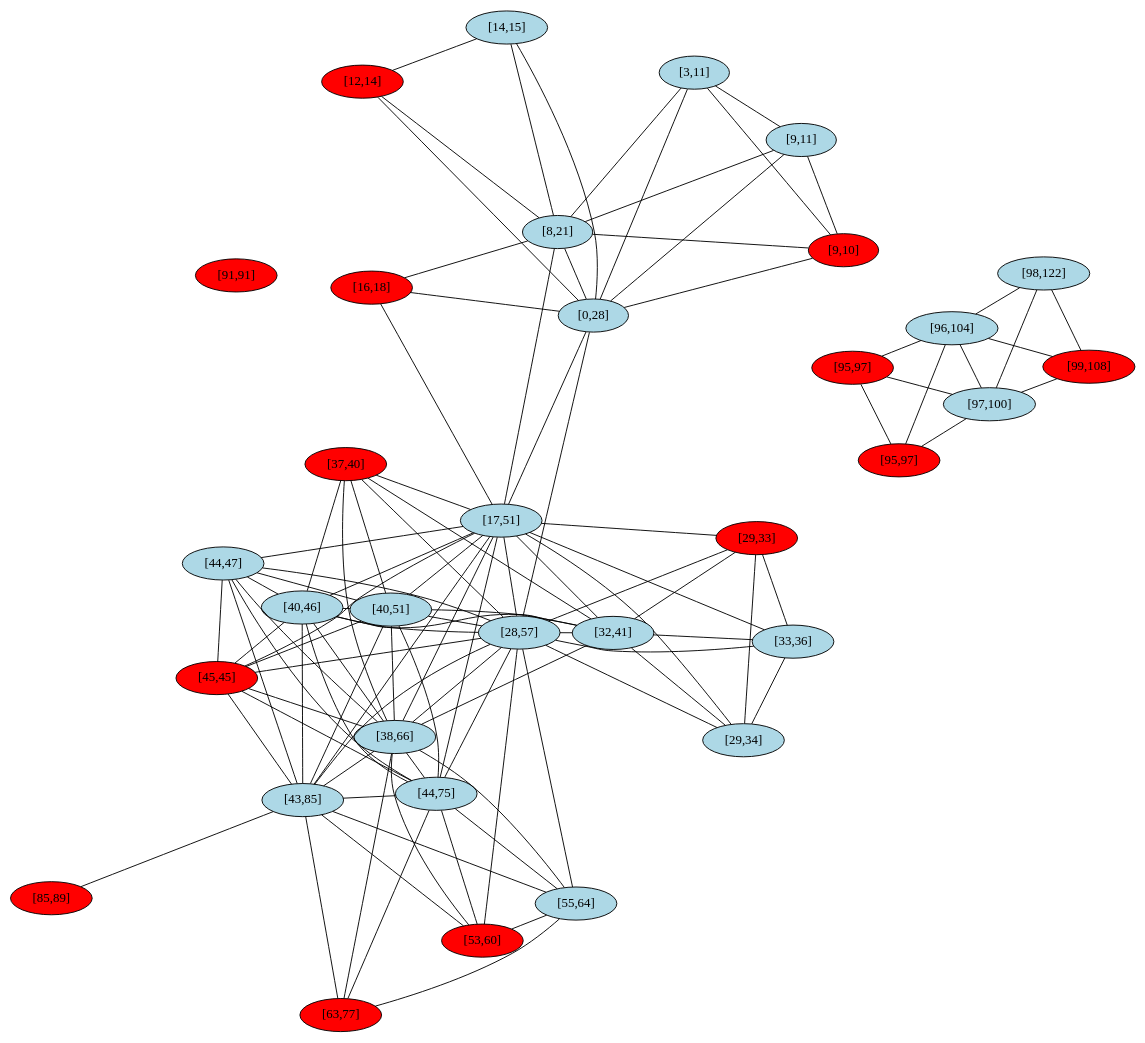
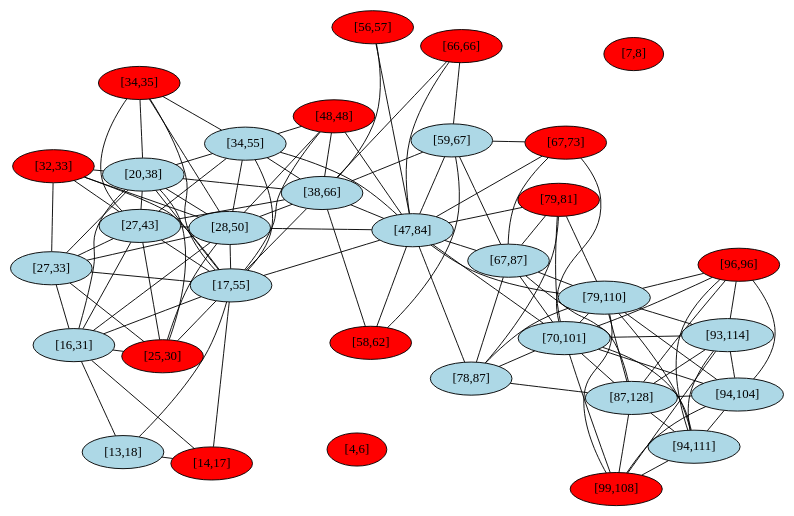
The diagram in intervallumgraf.dot (atotgerman/DUE_Fscharp), drawn with Graphviz before and after one commit. The commit also changed 1 other file, not shown here.

```diff
--- a/intervallumgraf.dot
+++ b/intervallumgraf.dot
@@ -1,143 +1,150 @@
 graph G {
   layout=neato;
   overlap=false;
   splines=true;
-  1 [label="[95,97]", style=filled, fillcolor=red];
-  2 [label="[99,108]", style=filled, fillcolor=red];
-  3 [label="[29,34]", style=filled, fillcolor=lightblue];
-  4 [label="[55,64]", style=filled, fillcolor=lightblue];
-  5 [label="[95,97]", style=filled, fillcolor=red];
-  6 [label="[17,51]", style=filled, fillcolor=lightblue];
-  7 [label="[43,85]", style=filled, fillcolor=lightblue];
-  8 [label="[40,51]", style=filled, fillcolor=lightblue];
-  9 [label="[37,40]", style=filled, fillcolor=red];
-  10 [label="[12,14]", style=filled, fillcolor=red];
-  11 [label="[33,36]", style=filled, fillcolor=lightblue];
-  12 [label="[53,60]", style=filled, fillcolor=red];
-  13 [label="[8,21]", style=filled, fillcolor=lightblue];
-  14 [label="[45,45]", style=filled, fillcolor=red];
-  15 [label="[96,104]", style=filled, fillcolor=lightblue];
-  16 [label="[98,122]", style=filled, fillcolor=lightblue];
-  17 [label="[40,46]", style=filled, fillcolor=lightblue];
-  18 [label="[9,10]", style=filled, fillcolor=red];
-  19 [label="[9,11]", style=filled, fillcolor=lightblue];
-  20 [label="[44,47]", style=filled, fillcolor=lightblue];
-  21 [label="[91,91]", style=filled, fillcolor=red];
-  22 [label="[32,41]", style=filled, fillcolor=lightblue];
-  23 [label="[63,77]", style=filled, fillcolor=red];
-  24 [label="[16,18]", style=filled, fillcolor=red];
-  25 [label="[28,57]", style=filled, fillcolor=lightblue];
-  26 [label="[0,28]", style=filled, fillcolor=lightblue];
-  27 [label="[44,75]", style=filled, fillcolor=lightblue];
-  28 [label="[85,89]", style=filled, fillcolor=red];
-  29 [label="[3,11]", style=filled, fillcolor=lightblue];
-  30 [label="[97,100]", style=filled, fillcolor=lightblue];
-  31 [label="[29,33]", style=filled, fillcolor=red];
-  32 [label="[14,15]", style=filled, fillcolor=lightblue];
-  33 [label="[38,66]", style=filled, fillcolor=lightblue];
+  1 [label="[28,50]", style=filled, fillcolor=lightblue];
+  2 [label="[66,66]", style=filled, fillcolor=red];
+  3 [label="[27,43]", style=filled, fillcolor=lightblue];
+  4 [label="[79,81]", style=filled, fillcolor=red];
+  5 [label="[38,66]", style=filled, fillcolor=lightblue];
+  6 [label="[87,128]", style=filled, fillcolor=lightblue];
+  7 [label="[14,17]", style=filled, fillcolor=red];
+  8 [label="[96,96]", style=filled, fillcolor=red];
+  9 [label="[70,101]", style=filled, fillcolor=lightblue];
+  10 [label="[25,30]", style=filled, fillcolor=red];
+  11 [label="[94,111]", style=filled, fillcolor=lightblue];
+  12 [label="[20,38]", style=filled, fillcolor=lightblue];
+  13 [label="[79,110]", style=filled, fillcolor=lightblue];
+  14 [label="[47,84]", style=filled, fillcolor=lightblue];
+  15 [label="[7,8]", style=filled, fillcolor=red];
+  16 [label="[93,114]", style=filled, fillcolor=lightblue];
+  17 [label="[94,104]", style=filled, fillcolor=lightblue];
+  18 [label="[78,87]", style=filled, fillcolor=lightblue];
+  19 [label="[67,73]", style=filled, fillcolor=red];
+  20 [label="[4,6]", style=filled, fillcolor=red];
+  21 [label="[13,18]", style=filled, fillcolor=lightblue];
+  22 [label="[48,48]", style=filled, fillcolor=red];
+  23 [label="[17,55]", style=filled, fillcolor=lightblue];
+  24 [label="[27,33]", style=filled, fillcolor=lightblue];
+  25 [label="[67,87]", style=filled, fillcolor=lightblue];
+  26 [label="[56,57]", style=filled, fillcolor=red];
+  27 [label="[34,55]", style=filled, fillcolor=lightblue];
+  28 [label="[58,62]", style=filled, fillcolor=red];
+  29 [label="[32,33]", style=filled, fillcolor=red];
+  30 [label="[59,67]", style=filled, fillcolor=lightblue];
+  31 [label="[99,108]", style=filled, fillcolor=red];
+  32 [label="[16,31]", style=filled, fillcolor=lightblue];
+  33 [label="[34,35]", style=filled, fillcolor=red];
+  1 -- 3;
   1 -- 5;
-  1 -- 15;
-  1 -- 30;
-  2 -- 15;
-  2 -- 16;
+  1 -- 10;
+  1 -- 12;
+  1 -- 14;
+  1 -- 22;
+  1 -- 23;
+  1 -- 24;
+  1 -- 27;
+  1 -- 29;
+  1 -- 32;
+  1 -- 33;
+  2 -- 5;
+  2 -- 14;
   2 -- 30;
-  3 -- 6;
-  3 -- 11;
-  3 -- 22;
-  3 -- 25;
-  3 -- 31;
-  4 -- 7;
-  4 -- 12;
-  4 -- 23;
+  3 -- 5;
+  3 -- 10;
+  3 -- 12;
+  3 -- 23;
+  3 -- 24;
+  3 -- 27;
+  3 -- 29;
+  3 -- 32;
+  3 -- 33;
+  4 -- 9;
+  4 -- 13;
+  4 -- 14;
+  4 -- 18;
   4 -- 25;
-  4 -- 27;
-  4 -- 33;
-  5 -- 15;
+  5 -- 12;
+  5 -- 14;
+  5 -- 22;
+  5 -- 23;
+  5 -- 26;
+  5 -- 27;
+  5 -- 28;
   5 -- 30;
-  6 -- 7;
   6 -- 8;
   6 -- 9;
   6 -- 11;
   6 -- 13;
-  6 -- 14;
+  6 -- 16;
   6 -- 17;
-  6 -- 20;
-  6 -- 22;
-  6 -- 24;
+  6 -- 18;
   6 -- 25;
-  6 -- 26;
-  6 -- 27;
   6 -- 31;
-  6 -- 33;
-  7 -- 8;
-  7 -- 12;
-  7 -- 14;
-  7 -- 17;
-  7 -- 20;
+  7 -- 21;
   7 -- 23;
-  7 -- 25;
-  7 -- 27;
-  7 -- 28;
-  7 -- 33;
+  7 -- 32;
   8 -- 9;
-  8 -- 14;
+  8 -- 11;
+  8 -- 13;
+  8 -- 16;
   8 -- 17;
-  8 -- 20;
-  8 -- 22;
-  8 -- 25;
-  8 -- 27;
-  8 -- 33;
+  9 -- 11;
+  9 -- 13;
+  9 -- 14;
+  9 -- 16;
   9 -- 17;
-  9 -- 22;
+  9 -- 18;
+  9 -- 19;
   9 -- 25;
-  9 -- 33;
-  10 -- 13;
-  10 -- 26;
+  9 -- 31;
+  10 -- 12;
+  10 -- 23;
+  10 -- 24;
   10 -- 32;
-  11 -- 22;
-  11 -- 25;
+  11 -- 13;
+  11 -- 16;
+  11 -- 17;
   11 -- 31;
-  12 -- 25;
+  12 -- 23;
+  12 -- 24;
   12 -- 27;
+  12 -- 29;
+  12 -- 32;
   12 -- 33;
+  13 -- 14;
+  13 -- 16;
+  13 -- 17;
   13 -- 18;
-  13 -- 19;
-  13 -- 24;
-  13 -- 26;
-  13 -- 29;
-  13 -- 32;
-  14 -- 17;
-  14 -- 20;
+  13 -- 25;
+  13 -- 31;
+  14 -- 18;
+  14 -- 19;
+  14 -- 22;
+  14 -- 23;
   14 -- 25;
+  14 -- 26;
   14 -- 27;
-  14 -- 33;
-  15 -- 16;
-  15 -- 30;
-  16 -- 30;
-  17 -- 20;
-  17 -- 22;
-  17 -- 25;
-  17 -- 27;
-  17 -- 33;
-  18 -- 19;
-  18 -- 26;
-  18 -- 29;
-  19 -- 26;
-  19 -- 29;
-  20 -- 25;
-  20 -- 27;
-  20 -- 33;
-  22 -- 25;
-  22 -- 31;
-  22 -- 33;
+  14 -- 28;
+  14 -- 30;
+  16 -- 17;
+  16 -- 31;
+  17 -- 31;
+  18 -- 25;
+  19 -- 25;
+  19 -- 30;
+  21 -- 23;
+  21 -- 32;
+  22 -- 23;
+  22 -- 27;
+  23 -- 24;
   23 -- 27;
+  23 -- 29;
+  23 -- 32;
   23 -- 33;
-  24 -- 26;
-  25 -- 26;
-  25 -- 27;
-  25 -- 31;
-  25 -- 33;
-  26 -- 29;
-  26 -- 32;
+  24 -- 29;
+  24 -- 32;
+  25 -- 30;
   27 -- 33;
+  28 -- 30;
 }
```
